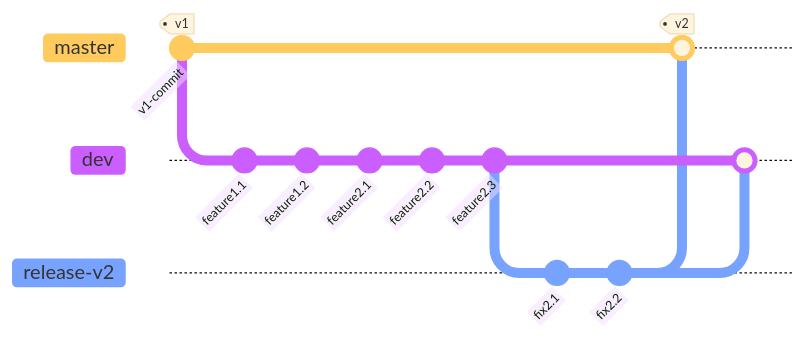
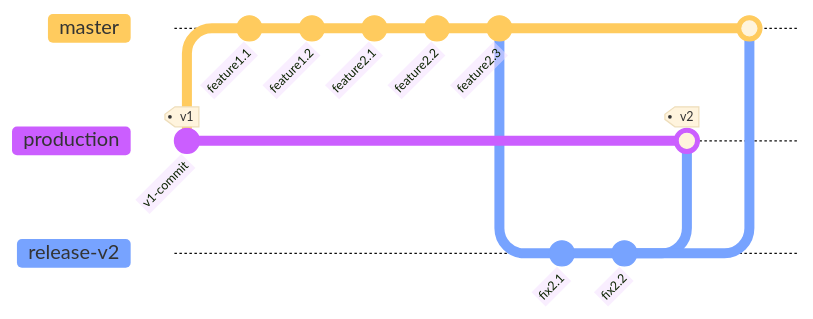
The third of 5 diagrams in doc/GIT_USAGE.md (NOAA-OWP/DMOD), drawn with Mermaid before and after one commit. The commit also changed other lines of this file, not shown here.

````diff
--- a/doc/GIT_USAGE.md
+++ b/doc/GIT_USAGE.md
@@ -75,21 +76,23 @@
 ```mermaid 
     %%{init: { 'logLevel': 'debug', 'theme': 'base', 'gitGraph': { 'showBranches': true, 'showCommitLabel':true, 'mainBranchName': 'master'}}}%%
     gitGraph
+        commit id:"v1-commit"
+        branch production
+        checkout production
         commit id:"v1-commit" tag: "v1"
-        branch dev
-        checkout dev
+        checkout master
         commit id:"feature1.1"
         commit id:"feature1.2"
         commit id:"feature2.1"
         commit id:"feature2.2"
         commit id:"feature2.3"
         branch release-v2
         checkout release-v2
         commit id:"fix2.1"
         commit id:"fix2.2"
+        checkout production
+        merge release-v2 tag:"v2"
         checkout master
-        merge release-v2 tag:"v2"
-        checkout dev
         merge release-v2
 
 ```
````
